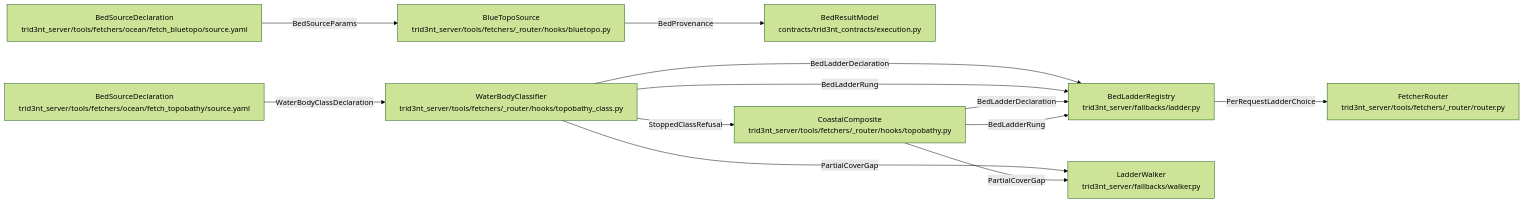
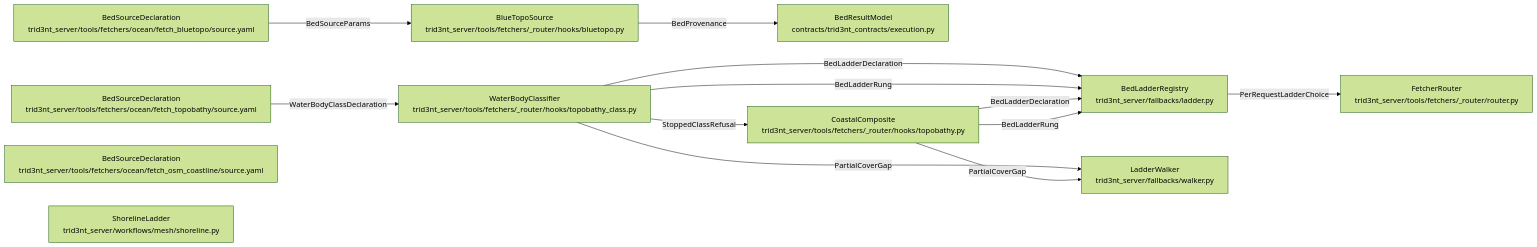
The diagram in docs/model/data-seam-view.md (double-r-squared/trid3nt-qgis-plugin), drawn with Mermaid (forest theme) before and after one commit. The commit also changed other lines of this file and 12 other files, not shown here.

First line of the commit message:
mesh: the shoreline is a ladder, and the harbour rung is fetched

````diff
--- a/docs/model/data-seam-view.md
+++ b/docs/model/data-seam-view.md
@@ -9,23 +9,25 @@
 ```mermaid
 flowchart LR
     bedLadderRegistry["BedLadderRegistry<br/>trid3nt_server/fallbacks/ladder.py"]
     bedResultModel["BedResultModel<br/>contracts/trid3nt_contracts/execution.py"]
     blueTopoDeclaration["BedSourceDeclaration<br/>trid3nt_server/tools/fetchers/ocean/fetch_bluetopo/source.yaml"]
     blueTopoSource["BlueTopoSource<br/>trid3nt_server/tools/fetchers/_router/hooks/bluetopo.py"]
     coastalComposite["CoastalComposite<br/>trid3nt_server/tools/fetchers/_router/hooks/topobathy.py"]
     coastalDeclaration["BedSourceDeclaration<br/>trid3nt_server/tools/fetchers/ocean/fetch_topobathy/source.yaml"]
+    coastlineDeclaration["BedSourceDeclaration<br/>trid3nt_server/tools/fetchers/ocean/fetch_osm_coastline/source.yaml"]
     fetcherRouter["FetcherRouter<br/>trid3nt_server/tools/fetchers/_router/router.py"]
     ladderWalker["LadderWalker<br/>trid3nt_server/fallbacks/walker.py"]
+    shorelineLadder["ShorelineLadder<br/>trid3nt_server/workflows/mesh/shoreline.py"]
     waterBodyClassifier["WaterBodyClassifier<br/>trid3nt_server/tools/fetchers/_router/hooks/topobathy_class.py"]
     blueTopoSource -- "BedProvenance" --> bedResultModel
     blueTopoDeclaration -- "BedSourceParams" --> blueTopoSource
     waterBodyClassifier -- "PartialCoverGap" --> ladderWalker
     waterBodyClassifier -- "BedLadderDeclaration" --> bedLadderRegistry
     waterBodyClassifier -- "BedLadderRung" --> bedLadderRegistry
     coastalDeclaration -- "WaterBodyClassDeclaration" --> waterBodyClassifier
     coastalComposite -- "PartialCoverGap" --> ladderWalker
     coastalComposite -- "BedLadderDeclaration" --> bedLadderRegistry
     coastalComposite -- "BedLadderRung" --> bedLadderRegistry
     bedLadderRegistry -- "PerRequestLadderChoice" --> fetcherRouter
     waterBodyClassifier -- "StoppedClassRefusal" --> coastalComposite
 ```
````
